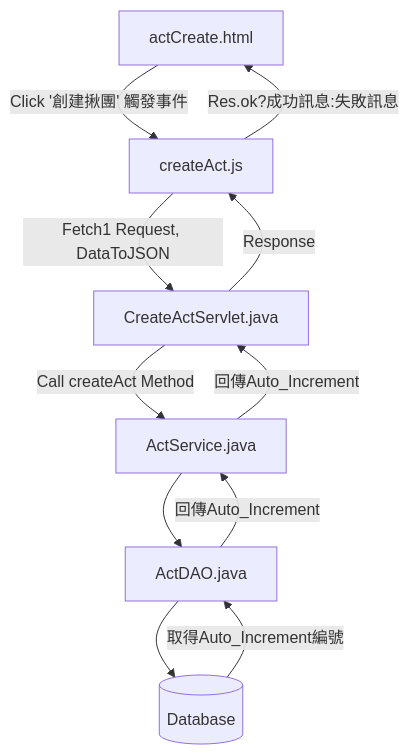
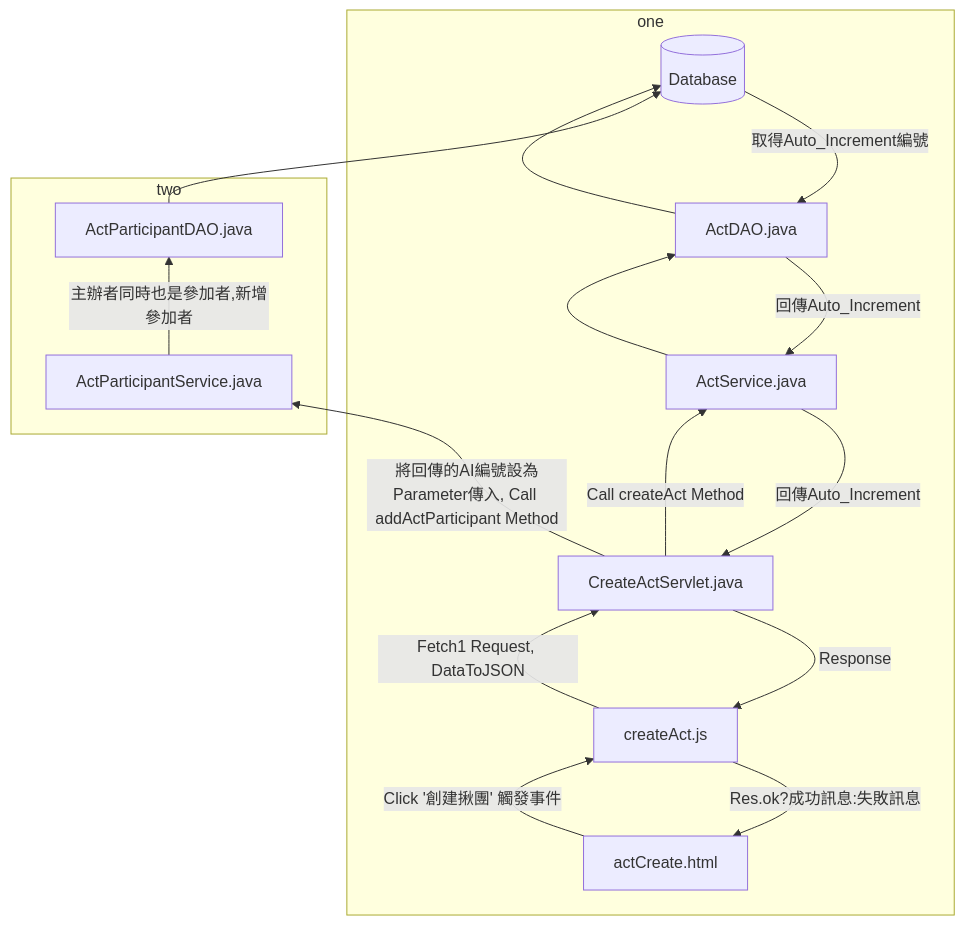
The second of 15 diagrams in README.md (TLexYuW/CGA103G1OwnPart), drawn with Mermaid before and after one commit. The commit also changed other lines of this file, not shown here.

Commit message:
LexVaultBackup: 2022-09-12 15:23:33
Affected files:
README.md

````diff
--- a/README.md
+++ b/README.md
@@ -65,7 +65,13 @@
 ```mermaid
-flowchart 
+graph BT
+	subgraph one
 	aC[actCreate.html] -->|Click '創建揪團' 觸發事件| cA[createAct.js] -->|Fetch1 Request, DataToJSON| CAS[CreateActServlet.java] 
 	-->|Call createAct Method| AS[ActService.java] --> AD[ActDAO.java] --> DB[(Database)]
 	DB -->|取得Auto_Increment編號| AD -->|回傳Auto_Increment| AS -->|回傳Auto_Increment| CAS 
 	-->|Response| cA -->|Res.ok?成功訊息:失敗訊息| aC
+	end
+	subgraph two
+	CAS[CreateActServlet.java] -->|將回傳的AI編號設為Parameter傳入, Call addActParticipant Method| APS[ActParticipantService.java] 
+	-->|主辦者同時也是參加者,新增參加者| APDAO[ActParticipantDAO.java] --> DB[(Database)]
+	end
 ```
````
